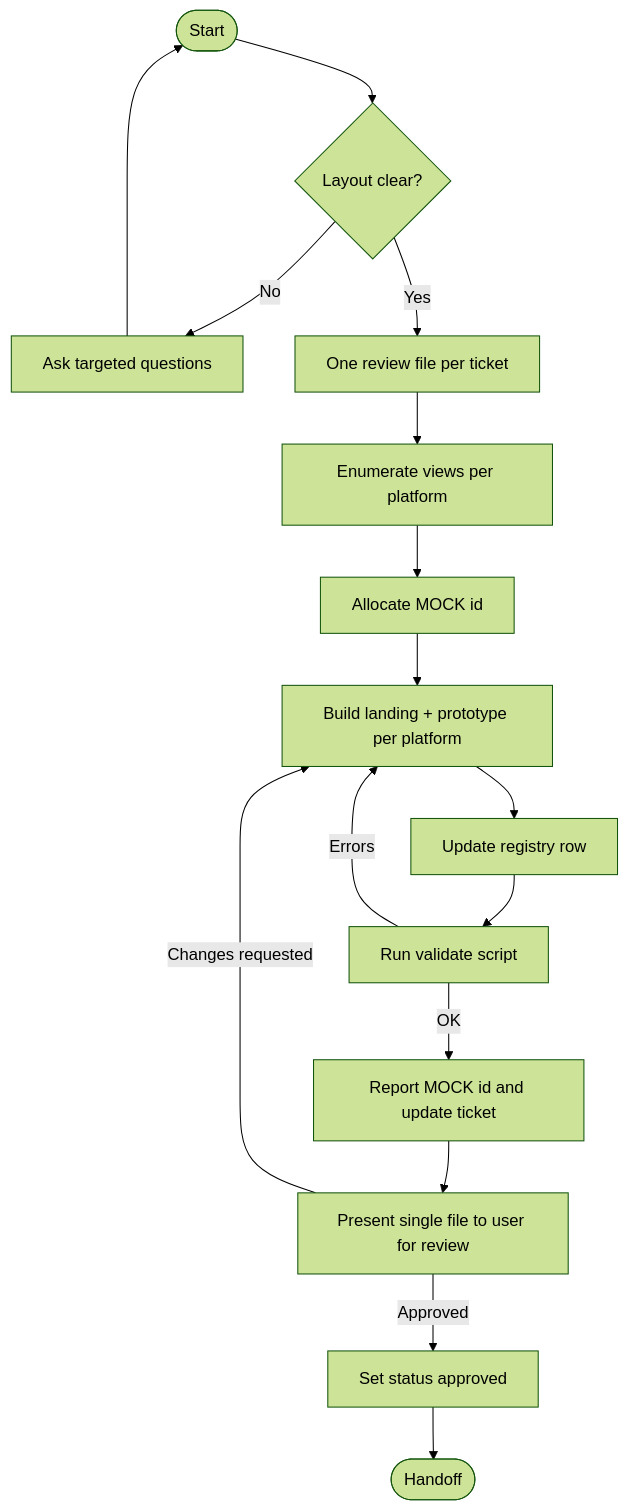
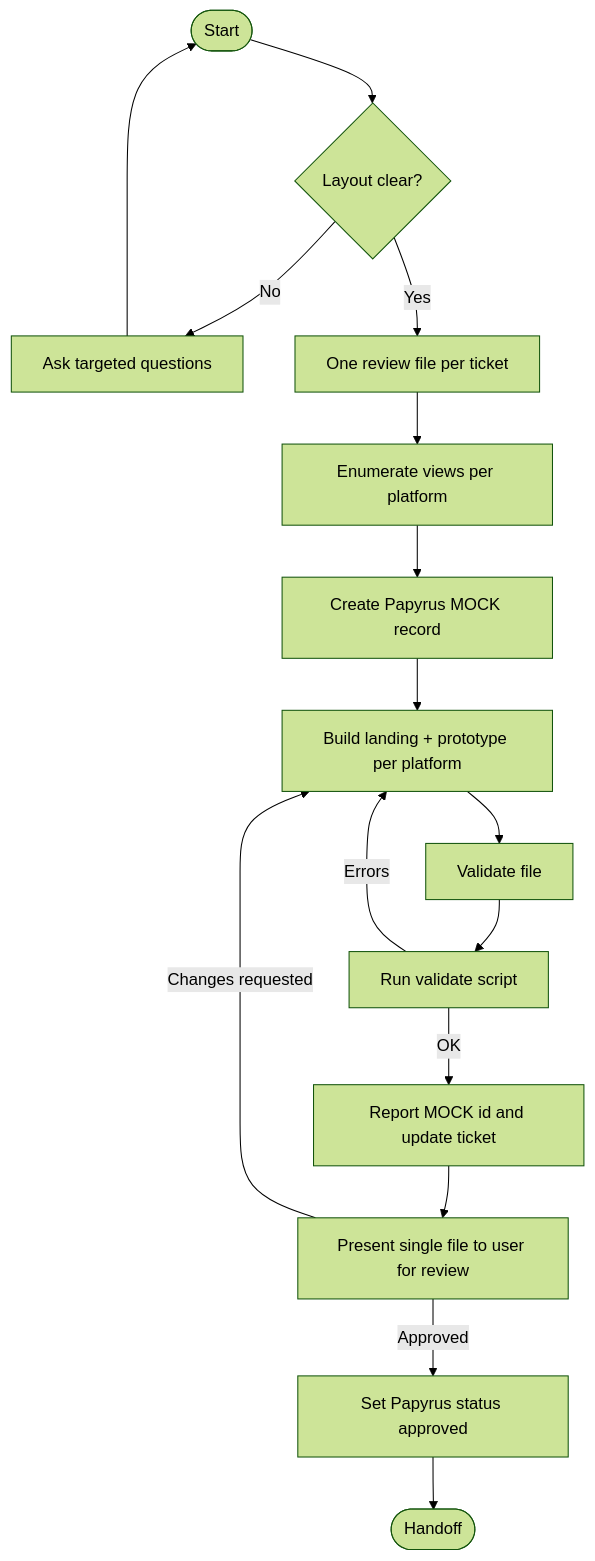
One commit to lyndametref/opencode-dev-workflow changed the diagram in agents/ui-designer.md. Above: the diagram before and after it, drawn with Mermaid (forest theme). The commit also changed other lines of this file and 65 other files, not shown here.

````diff
--- a/agents/ui-designer.md
+++ b/agents/ui-designer.md
@@ -75,17 +77,17 @@
 ```mermaid
 flowchart TD
     A([Start]) --> B{Layout clear?}
     B -- No --> C[Ask targeted questions] --> A
     B -- Yes --> D[One review file per ticket]
     D --> E[Enumerate views per platform]
-    E --> F[Allocate MOCK id]
+    E --> F[Create Papyrus MOCK record]
     F --> G[Build landing + prototype per platform]
-    G --> H[Update registry row]
+    G --> H[Validate file]
     H --> I[Run validate script]
     I -- Errors --> G
     I -- OK --> J[Report MOCK id and update ticket]
     J --> K[Present single file to user for review]
     K -- Changes requested --> G
-    K -- Approved --> L[Set status approved]
+    K -- Approved --> L[Set Papyrus status approved]
     L --> M([Handoff])
 ```
````
